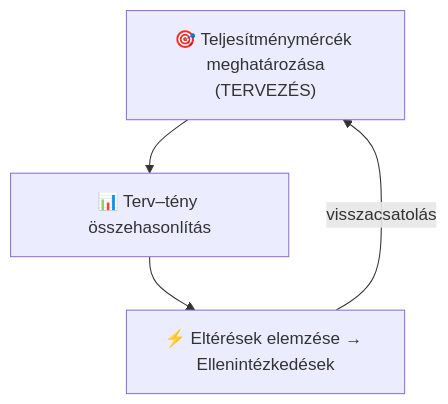
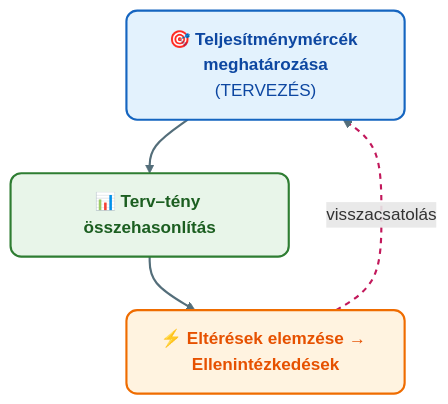
Before and after one commit to denespocsik/MM_BSC_Zarovizsga: the diagram in Tételek/K14-GIXVS2MBLF-Controlling szemléletmód és rendszer.tétel.md, drawn with Mermaid. The commit also changed 34 other files, not shown here.

First line of the commit message:
style(tételek): egységes vizuális arculat a Mermaid-diagramokhoz

````diff
--- a/Tételek/K14-GIXVS2MBLF-Controlling szemléletmód és rendszer.tétel.md
+++ b/Tételek/K14-GIXVS2MBLF-Controlling szemléletmód és rendszer.tétel.md
@@ -23,8 +23,15 @@
 ```mermaid
 flowchart TD
-    A["🎯 Teljesítménymércék meghatározása<br/>(TERVEZÉS)"]
-    B["📊 Terv–tény összehasonlítás"]
-    C["⚡ Eltérések elemzése → Ellenintézkedések"]
+    A["🎯 <b>Teljesítménymércék meghatározása</b><br/>(TERVEZÉS)"]:::kek
+    B["📊 <b>Terv–tény összehasonlítás</b>"]:::zold
+    C["⚡ <b>Eltérések elemzése → Ellenintézkedések</b>"]:::narancs
 
     A --> B --> C -->|visszacsatolás| A
+
+    classDef kek     fill:#e3f2fd,stroke:#1565c0,stroke-width:2px,color:#0d47a1,rx:10,ry:10;
+    classDef zold    fill:#e8f5e9,stroke:#2e7d32,stroke-width:2px,color:#1b5e20,rx:10,ry:10;
+    classDef narancs fill:#fff3e0,stroke:#ef6c00,stroke-width:2px,color:#e65100,rx:10,ry:10;
+
+    linkStyle default stroke:#546e7a,stroke-width:2px;
+    linkStyle 2 stroke:#c2185b,stroke-width:2px,stroke-dasharray: 5 5;
 ```
````
